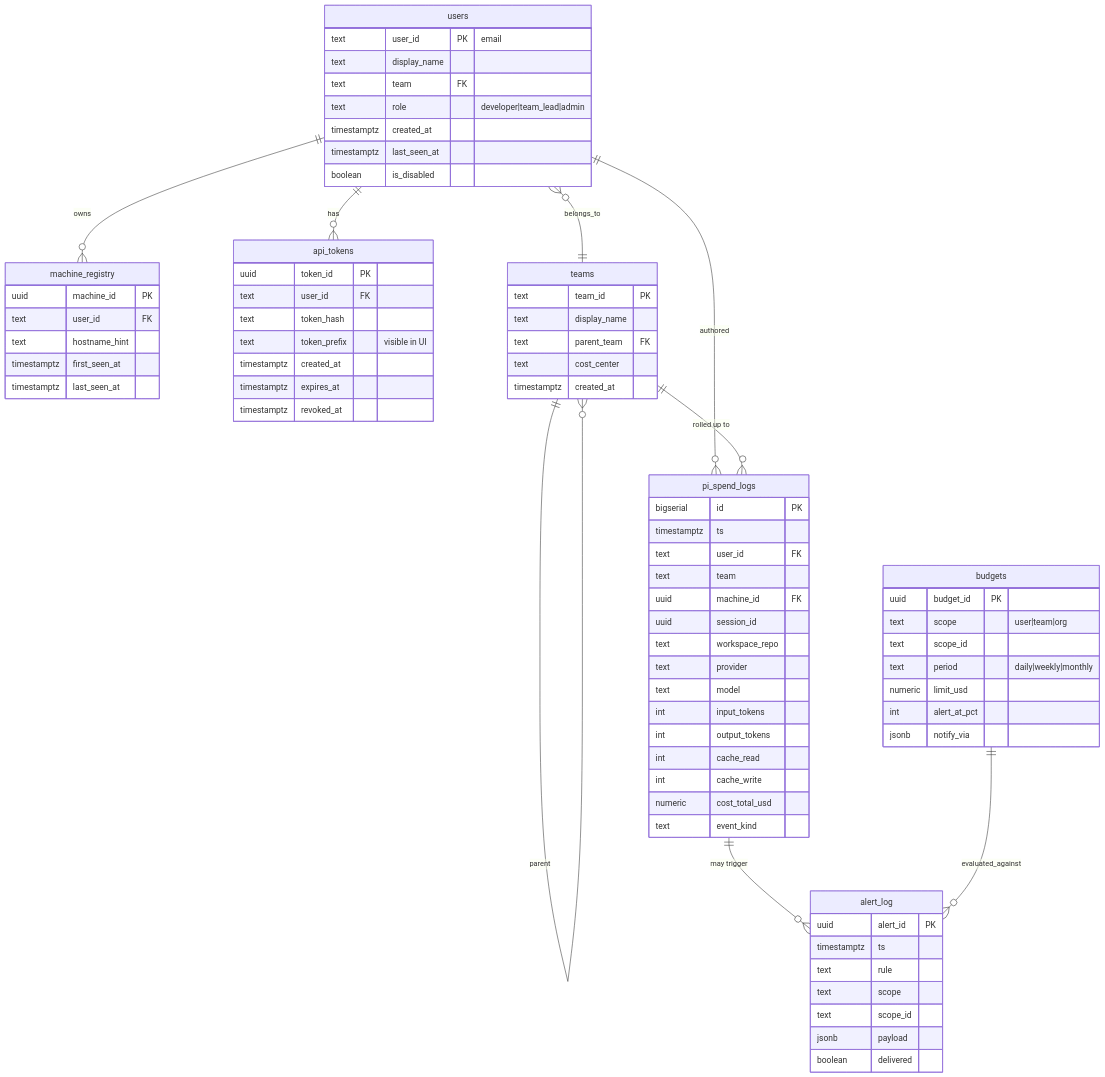
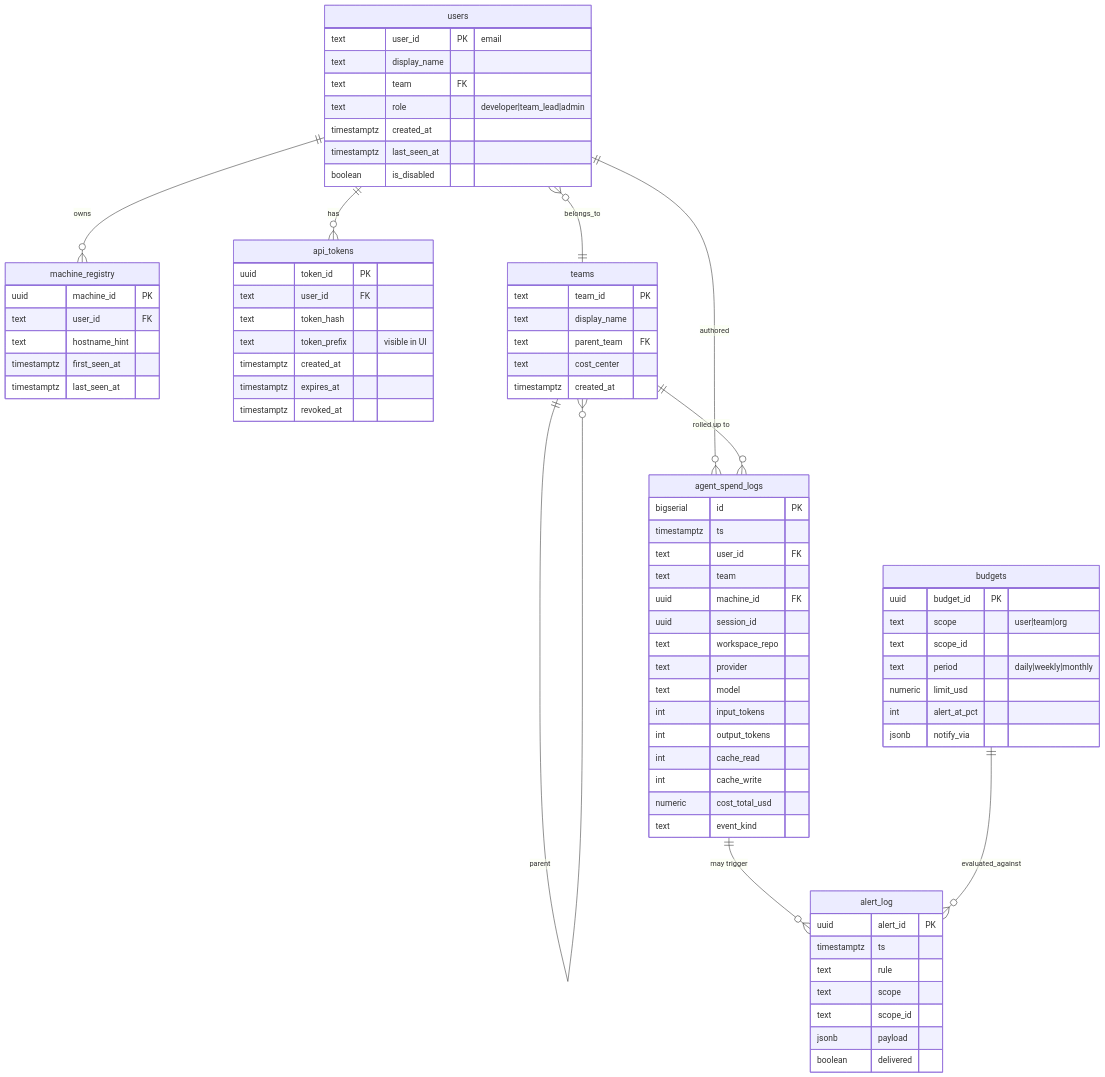
One commit to vilosource/pi-extensions changed the eighth of 13 diagrams in docs/design/pi-usage-reporter-DESIGN.md. Above: the diagram before and after it, drawn with Mermaid. The commit also changed other lines of this file and 6 other files, not shown here.

First line of the commit message:
docs: harness-agnostic rename — agent.* attributes, agent-spend-dashboard

````diff
--- a/docs/design/pi-usage-reporter-DESIGN.md
+++ b/docs/design/pi-usage-reporter-DESIGN.md
@@ -797,79 +799,79 @@
 ```mermaid
 erDiagram
   users ||--o{ machine_registry : owns
   users ||--o{ api_tokens : has
   users }o--|| teams : belongs_to
   teams ||--o{ teams : parent
-  users ||--o{ pi_spend_logs : authored
-  teams ||--o{ pi_spend_logs : "rolled up to"
-  pi_spend_logs ||--o{ alert_log : "may trigger"
+  users ||--o{ agent_spend_logs : authored
+  teams ||--o{ agent_spend_logs : "rolled up to"
+  agent_spend_logs ||--o{ alert_log : "may trigger"
   budgets ||--o{ alert_log : evaluated_against
 
   users {
     text user_id PK "email"
     text display_name
     text team FK
     text role "developer|team_lead|admin"
     timestamptz created_at
     timestamptz last_seen_at
     boolean is_disabled
   }
   teams {
     text team_id PK
     text display_name
     text parent_team FK
     text cost_center
     timestamptz created_at
   }
   machine_registry {
     uuid machine_id PK
     text user_id FK
     text hostname_hint
     timestamptz first_seen_at
     timestamptz last_seen_at
   }
   api_tokens {
     uuid token_id PK
     text user_id FK
     text token_hash
     text token_prefix "visible in UI"
     timestamptz created_at
     timestamptz expires_at
     timestamptz revoked_at
   }
-  pi_spend_logs {
+  agent_spend_logs {
     bigserial id PK
     timestamptz ts
     text user_id FK
     text team
     uuid machine_id FK
     uuid session_id
     text workspace_repo
     text provider
     text model
     int input_tokens
     int output_tokens
     int cache_read
     int cache_write
     numeric cost_total_usd
     text event_kind
   }
   budgets {
     uuid budget_id PK
     text scope "user|team|org"
     text scope_id
     text period "daily|weekly|monthly"
     numeric limit_usd
     int alert_at_pct
     jsonb notify_via
   }
   alert_log {
     uuid alert_id PK
     timestamptz ts
     text rule
     text scope
     text scope_id
     jsonb payload
     boolean delivered
   }
 ```
````
